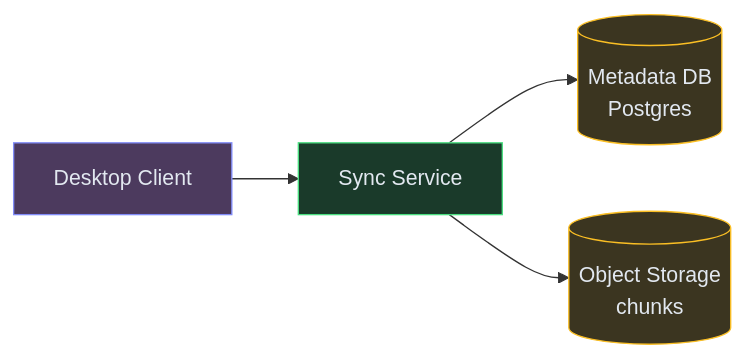
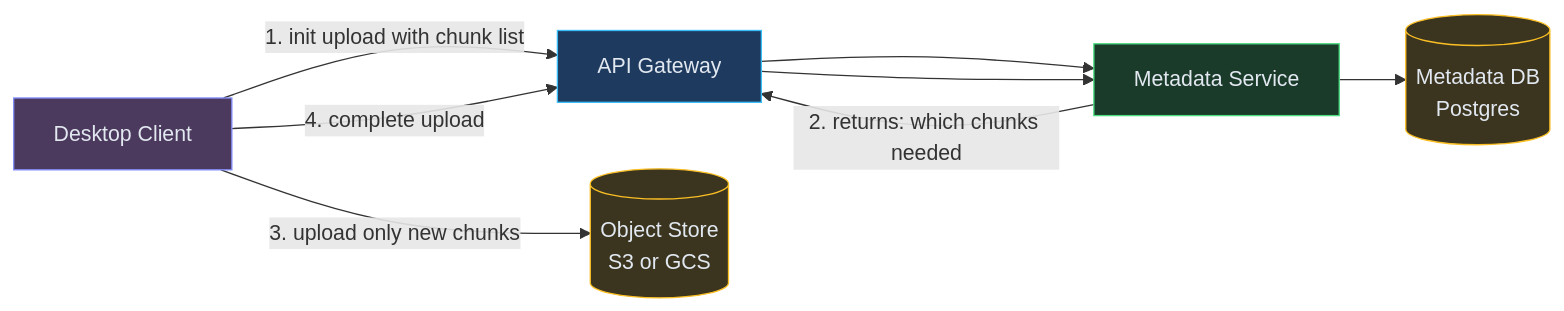
The second of 7 diagrams in content/hld/Dropbox.md (iluzn/HLD-Designs), drawn with Mermaid before and after one commit. The commit also changed other lines of this file and 26 other files, not shown here.

````diff
--- a/content/hld/Dropbox.md
+++ b/content/hld/Dropbox.md
@@ -98,15 +165,21 @@
 ```mermaid
 flowchart LR
     CLIENT["Desktop Client"]:::client
-    API["Sync Service"]:::service
-    META[("Metadata DB<br/>Postgres")]:::data
-    S3[("Object Storage<br/>chunks")]:::data
+    API["API Gateway"]:::edge
+    META["Metadata Service"]:::service
+    OBJSTORE[("Object Store<br/>S3 or GCS")]:::data
+    METADB[("Metadata DB<br/>Postgres")]:::data
 
-    CLIENT --> API
+    CLIENT -->|"1. init upload with chunk list"| API
     API --> META
-    API --> S3
+    META --> METADB
+    META -->|"2. returns: which chunks needed"| API
+    CLIENT -->|"3. upload only new chunks"| OBJSTORE
+    CLIENT -->|"4. complete upload"| API
+    API --> META
 
     classDef client fill:#4c3a5e,stroke:#818cf8,color:#e2e8f0
+    classDef edge fill:#1e3a5f,stroke:#38bdf8,color:#e2e8f0
     classDef service fill:#1a3a2a,stroke:#4ade80,color:#e2e8f0
     classDef data fill:#3b3520,stroke:#fbbf24,color:#e2e8f0
 ```
````
